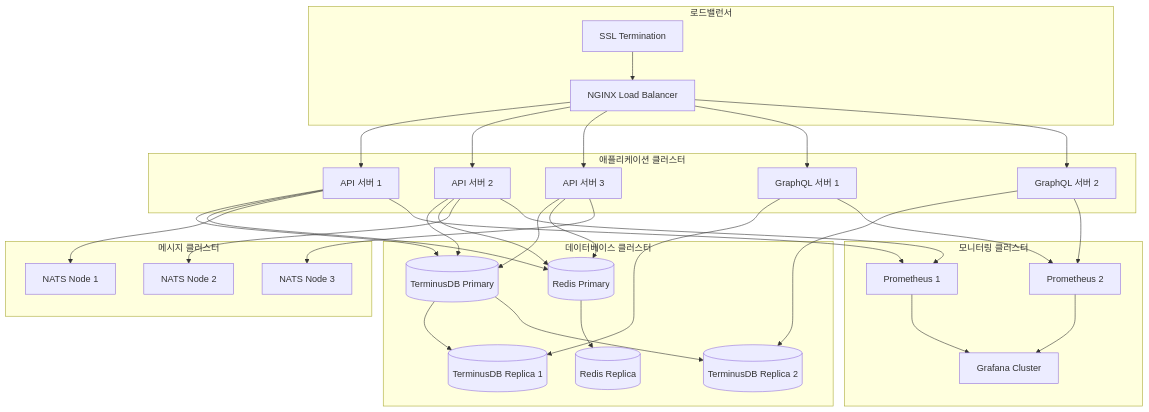
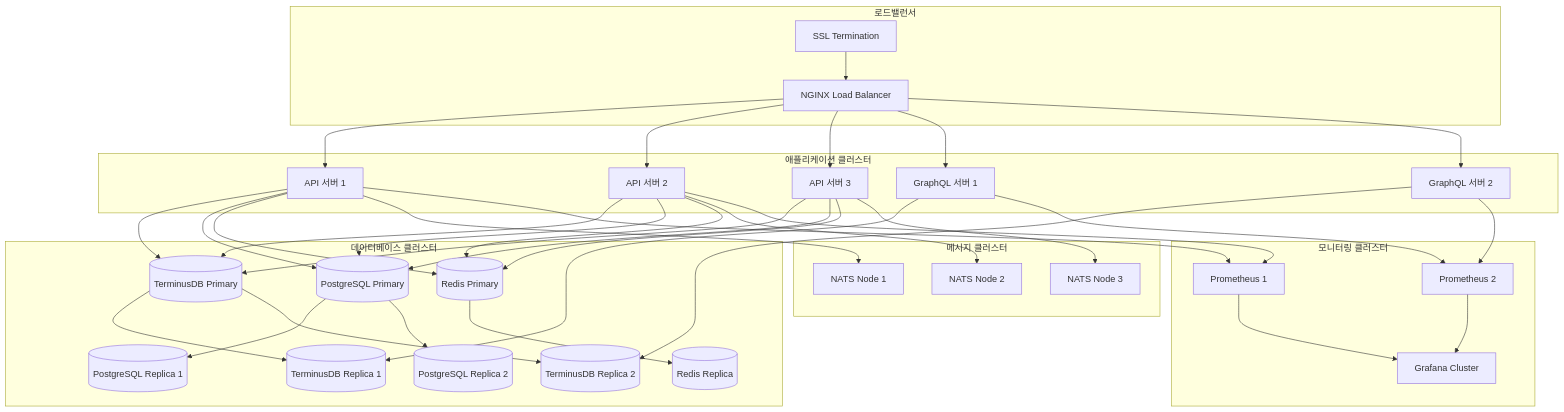
The ninth of 11 diagrams in oms-monolith/ARCHITECTURE.md (ludia8888/Icon-Blaster), drawn with Mermaid before and after one commit. The commit also changed other lines of this file and 1 other file, not shown here.

First line of the commit message:
docs: PostgreSQL 하이브리드 데이터베이스 아키텍처 문서 업데이트

````diff
--- a/oms-monolith/ARCHITECTURE.md
+++ b/oms-monolith/ARCHITECTURE.md
@@ -421,71 +472,81 @@
 ```mermaid
 graph TB
     subgraph "로드밸런서"
         LB[NGINX Load Balancer]
         SSL[SSL Termination]
     end
 
     subgraph "애플리케이션 클러스터"
         API1[API 서버 1]
         API2[API 서버 2]
         API3[API 서버 3]
         
         GQL1[GraphQL 서버 1]
         GQL2[GraphQL 서버 2]
     end
 
     subgraph "데이터베이스 클러스터"
         TDB_Primary[(TerminusDB Primary)]
         TDB_Replica1[(TerminusDB Replica 1)]
         TDB_Replica2[(TerminusDB Replica 2)]
+        
+        PG_Primary[(PostgreSQL Primary)]
+        PG_Replica1[(PostgreSQL Replica 1)]
+        PG_Replica2[(PostgreSQL Replica 2)]
         
         Redis_Primary[(Redis Primary)]
         Redis_Replica[(Redis Replica)]
     end
 
     subgraph "모니터링 클러스터"
         Prom1[Prometheus 1]
         Prom2[Prometheus 2]
         Grafana_Cluster[Grafana Cluster]
     end
 
     subgraph "메시지 클러스터"
         NATS1[NATS Node 1]
         NATS2[NATS Node 2]
         NATS3[NATS Node 3]
     end
 
     SSL --> LB
     LB --> API1
     LB --> API2
     LB --> API3
     LB --> GQL1
     LB --> GQL2
 
     API1 --> TDB_Primary
     API2 --> TDB_Primary
     API3 --> TDB_Primary
     
+    API1 --> PG_Primary
+    API2 --> PG_Primary
+    API3 --> PG_Primary
+    
     GQL1 --> TDB_Replica1
     GQL2 --> TDB_Replica2
 
     API1 --> Redis_Primary
     API2 --> Redis_Primary
     API3 --> Redis_Primary
 
     TDB_Primary --> TDB_Replica1
     TDB_Primary --> TDB_Replica2
+    PG_Primary --> PG_Replica1
+    PG_Primary --> PG_Replica2
     Redis_Primary --> Redis_Replica
 
     API1 --> NATS1
     API2 --> NATS2
     API3 --> NATS3
 
     API1 --> Prom1
     API2 --> Prom1
     GQL1 --> Prom2
     GQL2 --> Prom2
 
     Prom1 --> Grafana_Cluster
     Prom2 --> Grafana_Cluster
 ```
````
